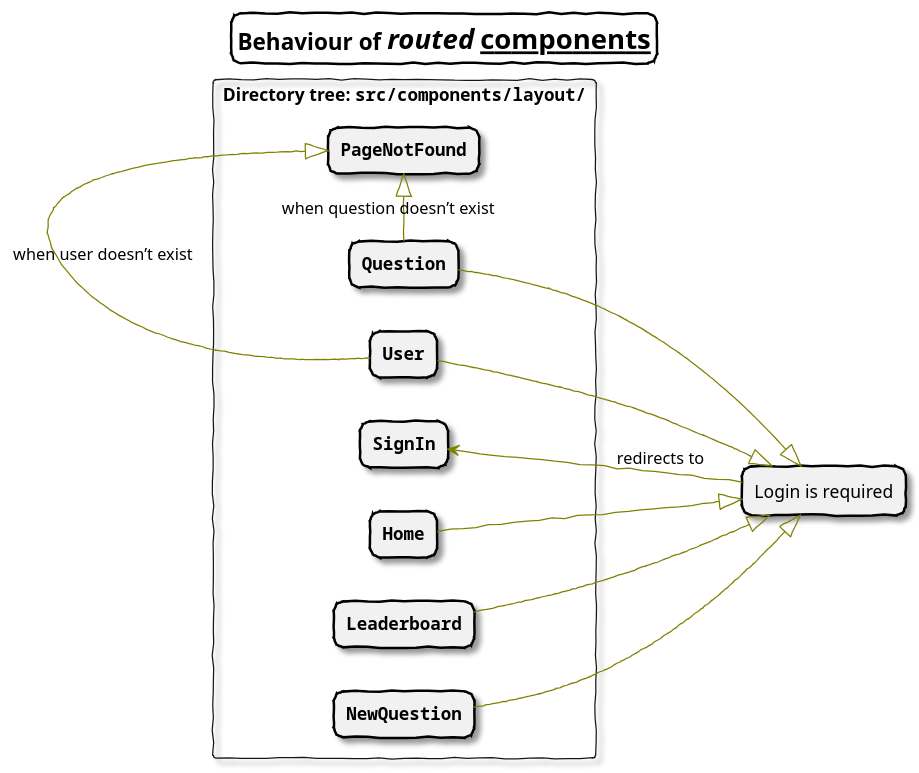
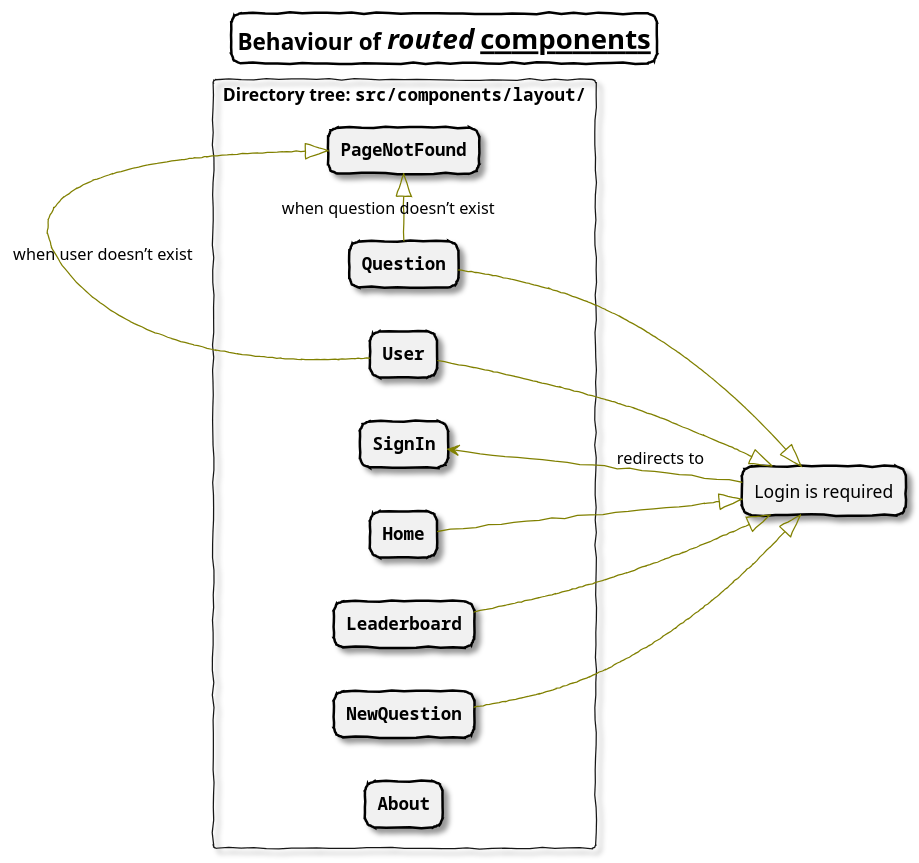
One commit to notetiene/reactnd-would-you-rather changed the sixth of 16 diagrams in docs/README.org. Above: the diagram before and after it, drawn with PlantUML. The commit also changed other lines of this file and 2 other files, not shown here.

Commit message:
Add the About page component in docs

```diff
--- a/docs/README.org
+++ b/docs/README.org
@@ -386,51 +390,54 @@
 #+begin_src plantuml :file images/routes_to_components_behaviour.png
   skinparam {
       titleBorderRoundCorner 15
 
       titleBorderThickness 2
       titleBorderColor black
       handwritten true
       shadowing true
       defaultMonospacedFontName Courier
       ArrowColor Olive
   }
 
   title =Behaviour of <i>routed</i> <u>components</u>
   left to right direction
 
   rectangle "Directory tree: <font:Courier>src/components/layout/" as Struct {
       rectangle Home [
       ""**Home**""
       ]
       rectangle Leaderboard [
       ""**Leaderboard**""
       ]
       rectangle NewQuestion [
       ""**NewQuestion**""
       ]
       rectangle Question [
       ""**Question**""
       ]
       rectangle User [
       ""**User**""
       ]
       rectangle SignIn [
       ""**SignIn**""
       ]
       rectangle PageNotFound [
       ""**PageNotFound**""
       ]
+      rectangle About [
+      ""**About**""
+      ]
 
       Question -|> PageNotFound : when question doesn’t exist
       User -|> PageNotFound : when user doesn’t exist
   }
 
   rectangle "Login is required" as LoginRequired
   Home --|> LoginRequired
   Leaderboard --|> LoginRequired
   NewQuestion --|> LoginRequired
   Question --|> LoginRequired
   User --|> LoginRequired
 
   LoginRequired --> SignIn : redirects to
 #+end_src
```
